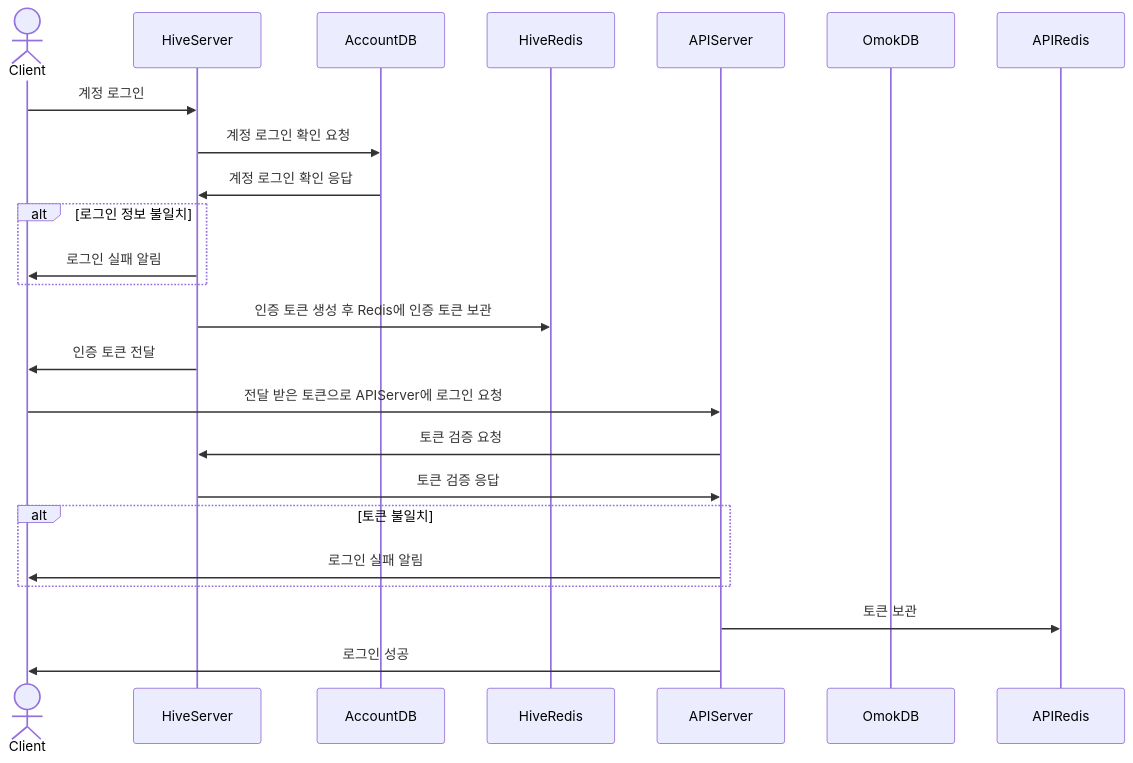
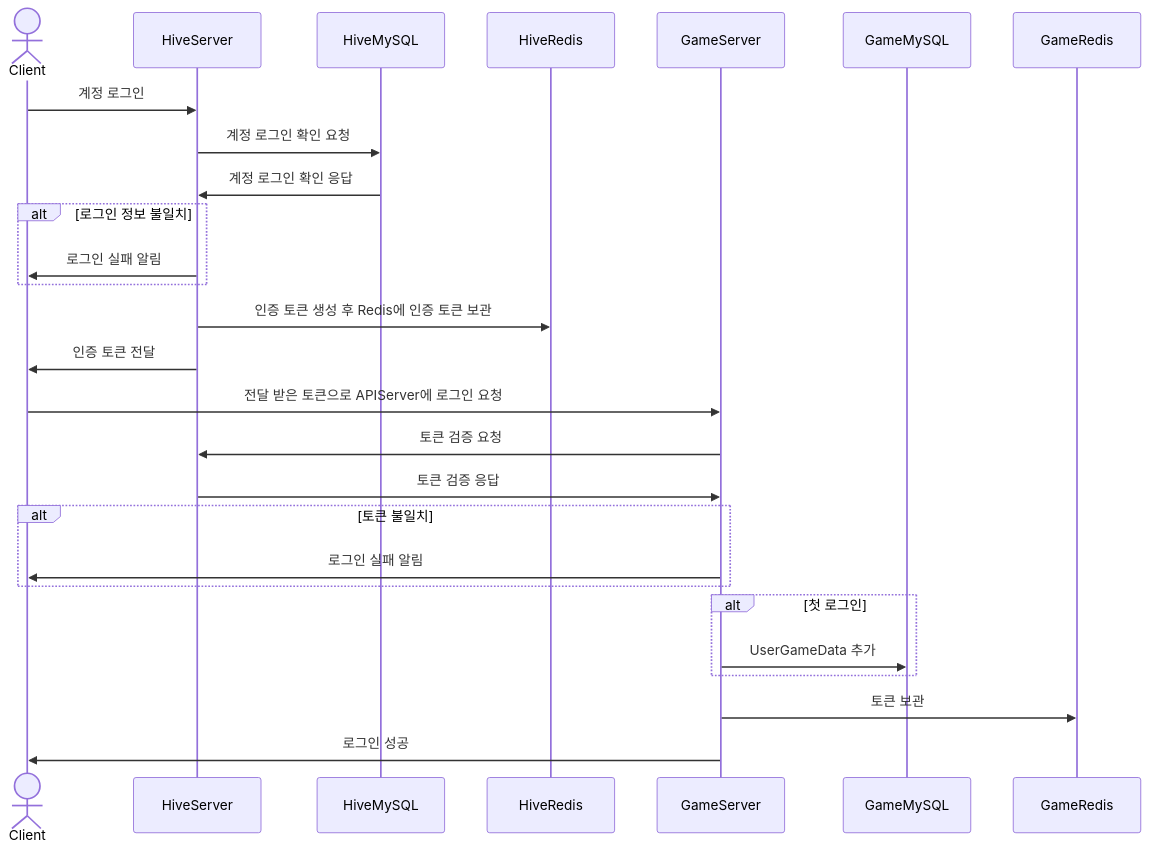
One commit to ever330/ServerCampus changed the diagram in Omok/SequenceDiagram.md. Above: the diagram before and after it, drawn with Mermaid.

````diff
--- a/Omok/SequenceDiagram.md
+++ b/Omok/SequenceDiagram.md
@@ -2,28 +2,32 @@
 ```mermaid
 sequenceDiagram
     actor Client
     participant HiveServer
-    participant AccountDB
+    participant HiveMySQL
     participant HiveRedis
-    participant APIServer
-    participant OmokDB
-    participant APIRedis
+    participant GameServer
+    participant GameMySQL
+    participant GameRedis
     Client ->> HiveServer: 계정 로그인
-    HiveServer ->> AccountDB: 계정 로그인 확인 요청
-    AccountDB ->> HiveServer: 계정 로그인 확인 응답
+    HiveServer ->> HiveMySQL: 계정 로그인 확인 요청
+    HiveMySQL ->> HiveServer: 계정 로그인 확인 응답
     alt 로그인 정보 불일치
         HiveServer ->> Client: 로그인 실패 알림
     end
 
     HiveServer ->> HiveRedis: 인증 토큰 생성 후 Redis에 인증 토큰 보관
     HiveServer ->> Client: 인증 토큰 전달
-    Client ->> APIServer: 전달 받은 토큰으로 APIServer에 로그인 요청
-    APIServer ->> HiveServer: 토큰 검증 요청
-    HiveServer ->> APIServer: 토큰 검증 응답
+    Client ->> GameServer: 전달 받은 토큰으로 APIServer에 로그인 요청
+    GameServer ->> HiveServer: 토큰 검증 요청
+    HiveServer ->> GameServer: 토큰 검증 응답
     alt 토큰 불일치
-        APIServer ->> Client: 로그인 실패 알림
+        GameServer ->> Client: 로그인 실패 알림
+    end
+    
+    alt 첫 로그인
+        GameServer ->> GameMySQL: UserGameData 추가
     end
 
-    APIServer ->> APIRedis: 토큰 보관
-    APIServer ->> Client: 로그인 성공
+    GameServer ->> GameRedis: 토큰 보관
+    GameServer ->> Client: 로그인 성공
 ```
````
